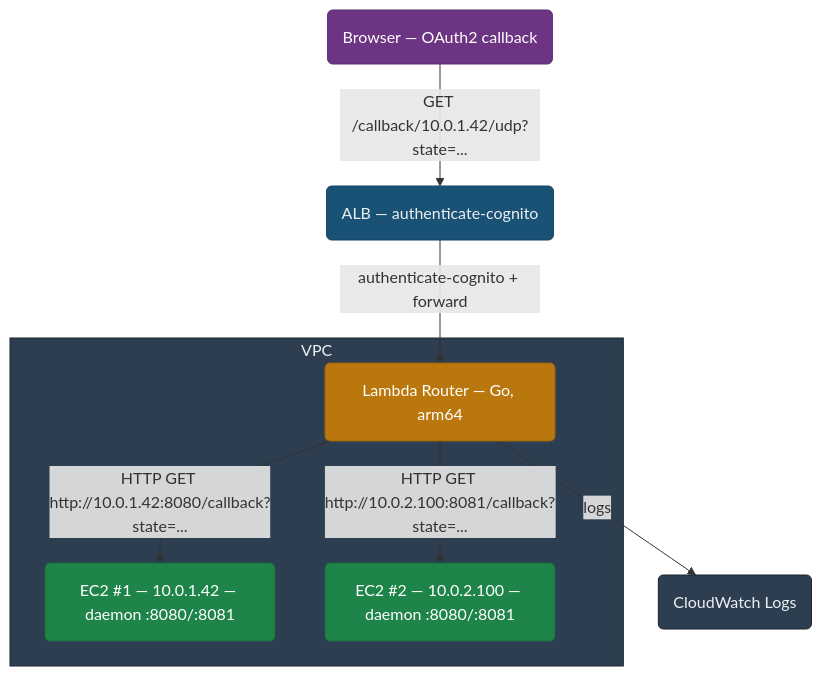
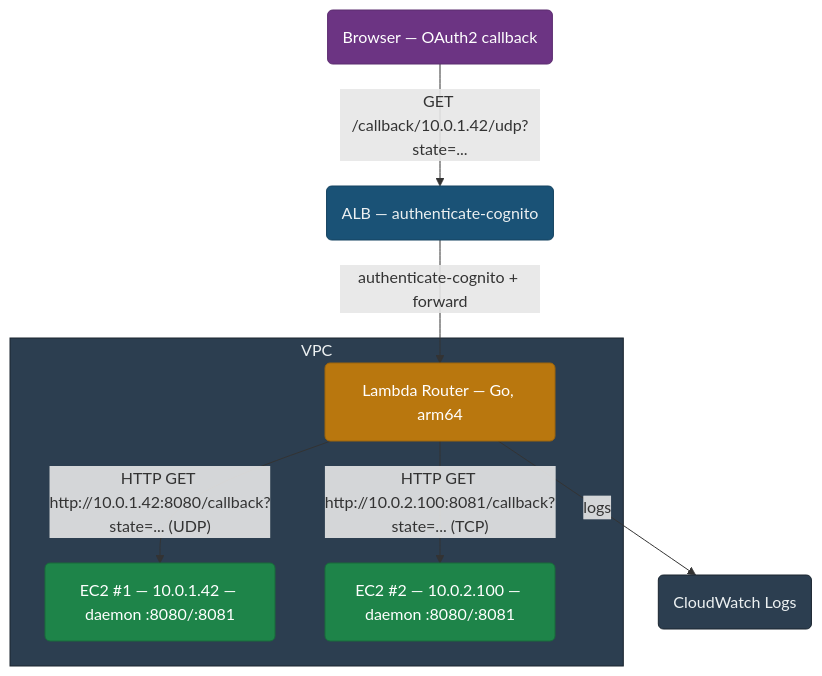
One commit to luk-kop/openvpn-auth-aws changed the first of 3 diagrams in docs/lambda-router-proxy.md. Above: the diagram before and after it, drawn with Mermaid. The commit also changed other lines of this file and 2 other files, not shown here.

````diff
--- a/docs/lambda-router-proxy.md
+++ b/docs/lambda-router-proxy.md
@@ -7,29 +7,29 @@
 ```mermaid
 graph TD
     Browser("Browser — OAuth2 callback")
     ALB("ALB — authenticate-cognito")
     Lambda("Lambda Router — Go, arm64")
     EC2_1("EC2 #1 — 10.0.1.42 — daemon :8080/:8081")
     EC2_2("EC2 #2 — 10.0.2.100 — daemon :8080/:8081")
     CW("CloudWatch Logs")
 
     Browser -->|"GET /callback/10.0.1.42/udp?state=..."| ALB
     ALB -->|"authenticate-cognito + forward"| Lambda
-    Lambda -->|"HTTP GET http://10.0.1.42:8080/callback?state=..."| EC2_1
-    Lambda -->|"HTTP GET http://10.0.2.100:8081/callback?state=..."| EC2_2
+    Lambda -->|"HTTP GET http://10.0.1.42:8080/callback?state=... (UDP)"| EC2_1
+    Lambda -->|"HTTP GET http://10.0.2.100:8081/callback?state=... (TCP)"| EC2_2
     Lambda -->|"logs"| CW
 
     subgraph VPC
         Lambda
         EC2_1
         EC2_2
     end
 
     style Browser fill:#6c3483,stroke:#5b2c6f,color:#fff
     style ALB fill:#1a5276,stroke:#154360,color:#ecf0f1
     style Lambda fill:#b9770e,stroke:#9c640c,color:#fff
     style EC2_1 fill:#1e8449,stroke:#186a3b,color:#fff
     style EC2_2 fill:#1e8449,stroke:#186a3b,color:#fff
     style CW fill:#2c3e50,stroke:#1a252f,color:#ecf0f1
     style VPC fill:#2c3e50,stroke:#1a252f,color:#ecf0f1
 ```
````
